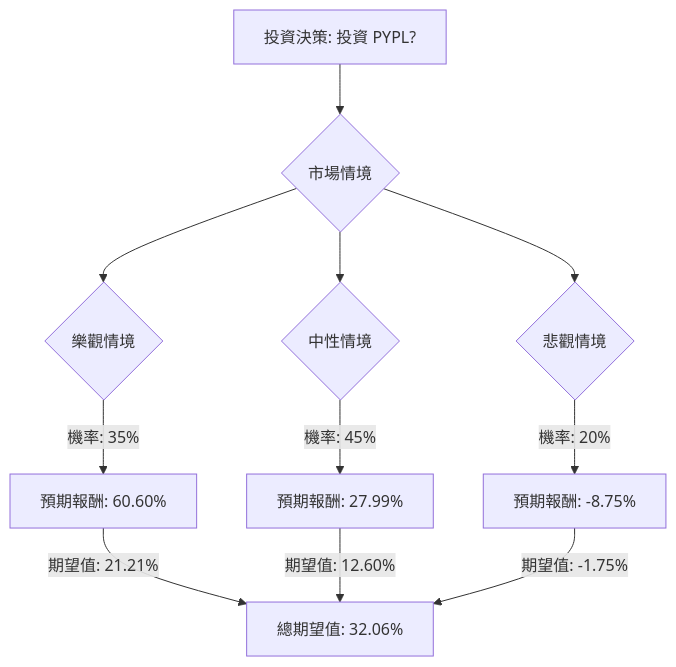
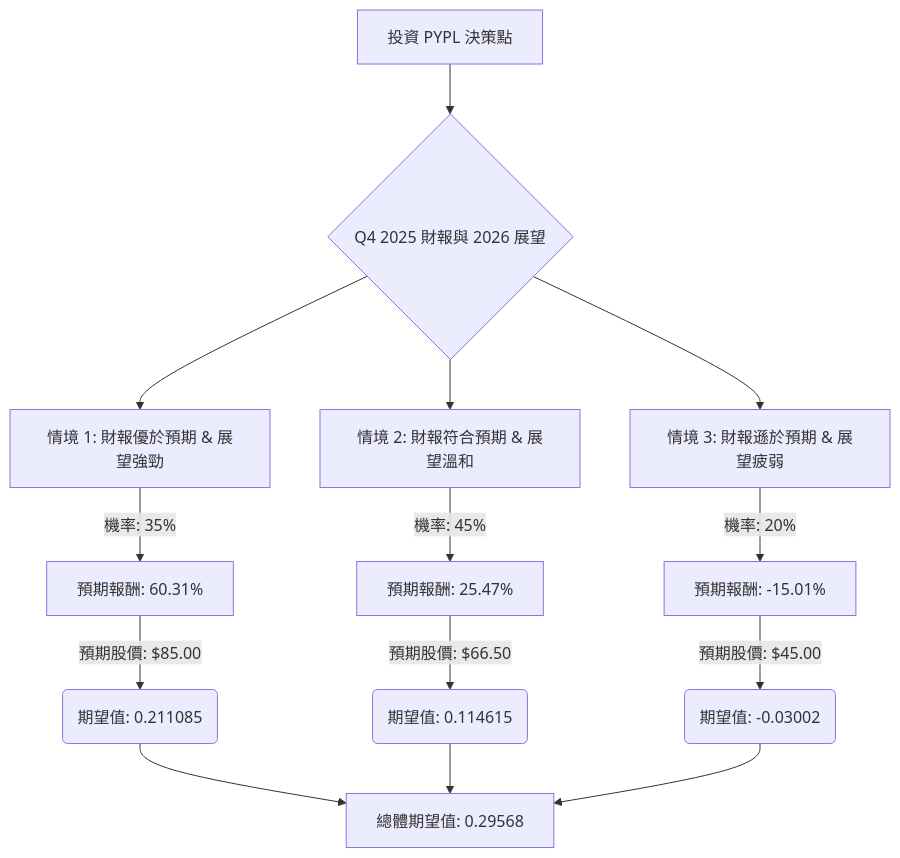
Before and after one commit to zmcx16/zmcx16.github.io: the diagram in plugin-react/ai-analysis/ev-analysis/PYPL.md, drawn with Mermaid. The commit also changed other lines of this file and 77 other files, not shown here.

````diff
--- a/plugin-react/ai-analysis/ev-analysis/PYPL.md
+++ b/plugin-react/ai-analysis/ev-analysis/PYPL.md
@@ -53,18 +19,18 @@
 ```mermaid
 graph TD
-    A[投資決策: 投資 PYPL?] --> B{市場情境};
+    A[投資 PYPL 決策點] --> B{Q4 2025 財報與 2026 展望}
 
-    B --> C{樂觀情境};
-    C -- 機率: 35% --> C1[預期報酬: 60.60%];
-    C1 -- 期望值: 21.21% --> D[總期望值];
+    B --> C1[情境 1: 財報優於預期 & 展望強勁]
+    C1 -- 機率: 35% --> D1[預期報酬: 60.31%]
+    D1 -- 預期股價: $85.00 --> E1(期望值: 0.211085)
 
-    B --> E{中性情境};
-    E -- 機率: 45% --> E1[預期報酬: 27.99%];
-    E1 -- 期望值: 12.60% --> D;
+    B --> C2[情境 2: 財報符合預期 & 展望溫和]
+    C2 -- 機率: 45% --> D2[預期報酬: 25.47%]
+    D2 -- 預期股價: $66.50 --> E2(期望值: 0.114615)
 
-    B --> F{悲觀情境};
-    F -- 機率: 20% --> F1[預期報酬: -8.75%];
-    F1 -- 期望值: -1.75% --> D;
+    B --> C3[情境 3: 財報遜於預期 & 展望疲弱]
+    C3 -- 機率: 20% --> D3[預期報酬: -15.01%]
+    D3 -- 預期股價: $45.00 --> E3(期望值: -0.03002)
 
-    D[總期望值: 32.06%]
+    E1 & E2 & E3 --> F[總體期望值: 0.29568]
 ```
````
